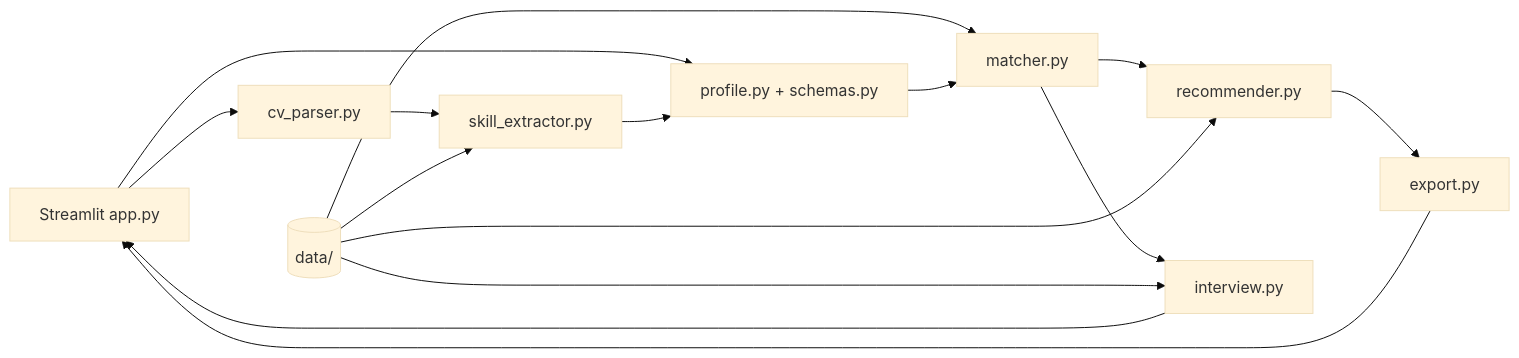
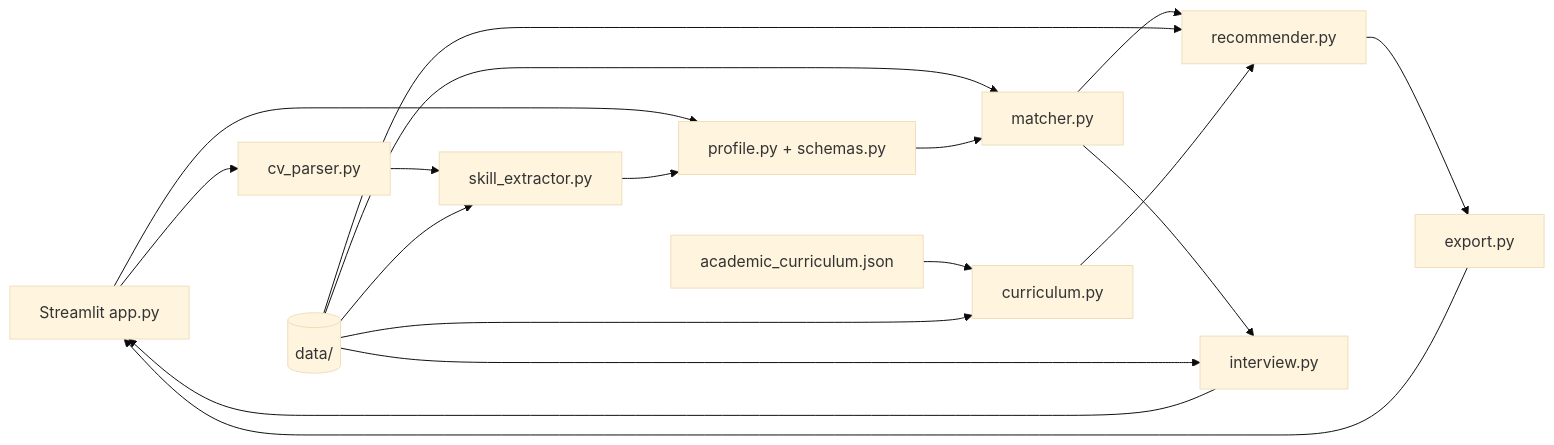
The diagram in docs/architecture.md (LinhLaSieuSao/AI-Career-Coach), drawn with Mermaid (base theme) before and after one commit. The commit also changed other lines of this file and 25 other files, not shown here.

Commit message:
Add academic learning roadmaps and interview LLM review

````diff
--- a/docs/architecture.md
+++ b/docs/architecture.md
@@ -3,17 +3,20 @@
 ```mermaid
 flowchart LR
     UI[Streamlit app.py] --> Parser[cv_parser.py]
     UI --> Profile[profile.py + schemas.py]
     Parser --> Extract[skill_extractor.py]
     Extract --> Profile
     Data[(data/)] --> Extract
     Data --> Match[matcher.py]
     Profile --> Match
     Match --> Roadmap[recommender.py]
     Data --> Roadmap
+    Curriculum[academic_curriculum.json] --> Overlay[curriculum.py]
+    Data --> Overlay
+    Overlay --> Roadmap
     Match --> Interview[interview.py]
     Data --> Interview
     Roadmap --> Export[export.py]
     Interview --> UI
     Export --> UI
 ```
````
